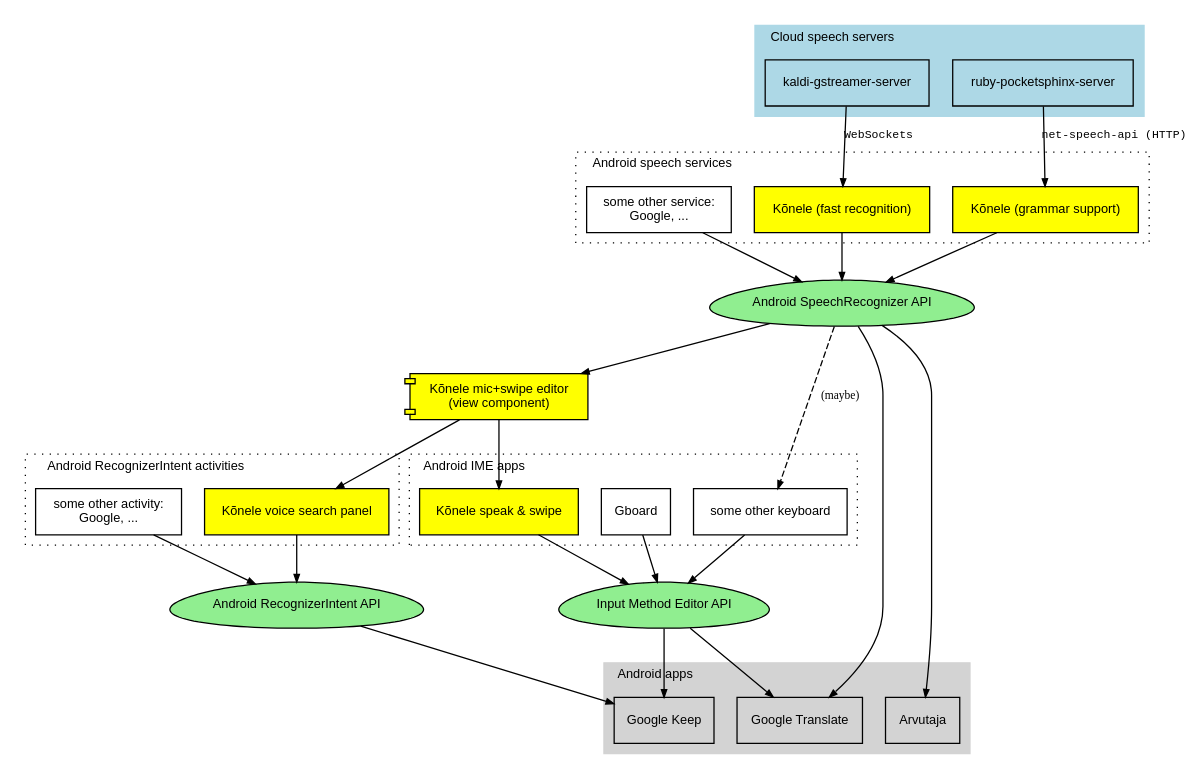
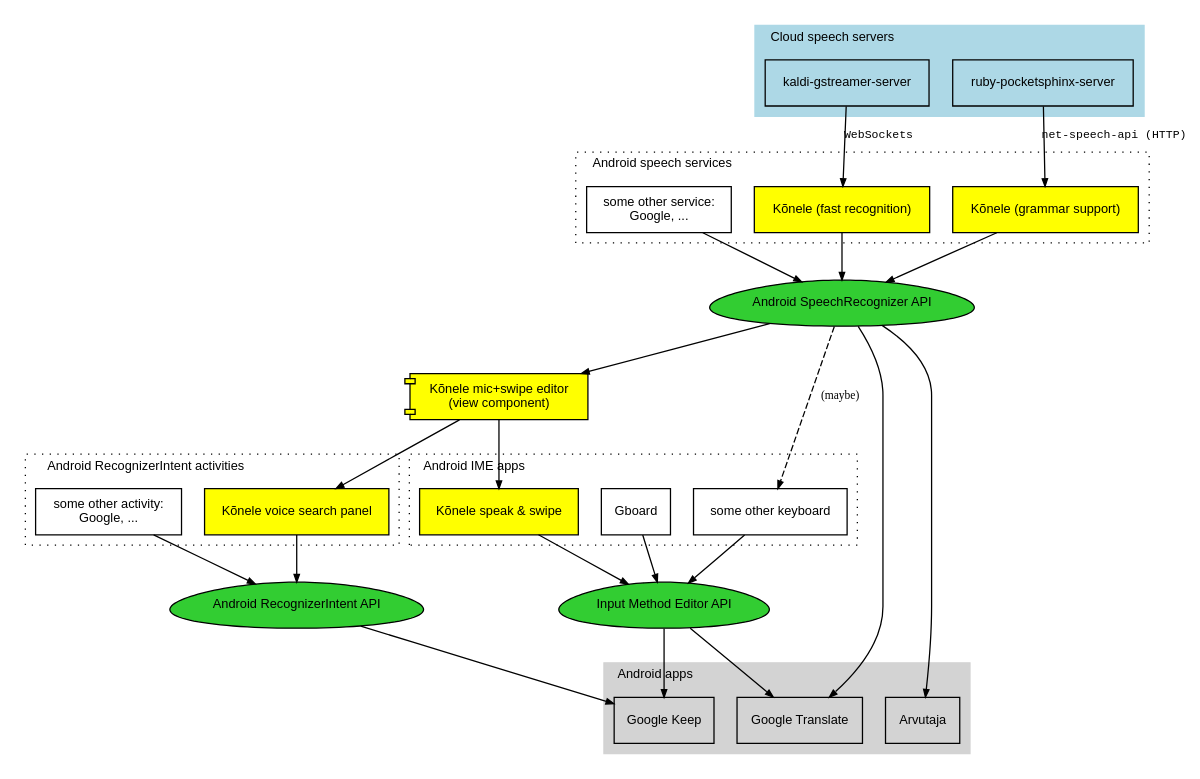
Before and after one commit to Kaljurand/K6nele: the diagram in docs/components.dot, drawn with Graphviz. The commit also changed 9 other files, not shown here.

```diff
--- a/docs/components.dot
+++ b/docs/components.dot
@@ -1,86 +1,86 @@
 /**
  *
  * @author Kaarel Kaljurand
  * @version 2015-08-29
  */
 
 digraph G {
 
     graph [style="dotted", fontsize=10 fontname="Helvetica"];
     node [shape="box", fontsize=10 fontname="Helvetica"];
     edge [arrowhead="normal", arrowsize="0.6"];
     labeljust = "l";
 
     "Kõnele View" [label="Kõnele mic+swipe editor\n(view component)", shape="component", style="filled", fillcolor="yellow"];
 
     subgraph cluster_0 {
         label = "Cloud speech servers";
         style = "filled";
         color = "lightblue";
         "kaldi" [label="kaldi-gstreamer-server"];
         "pocketsphinx" [label="ruby-pocketsphinx-server"];
     }
 
     // Services record audio, send it to the server, and make the transcription
     // available via standard Android APIs.
     // One can configure the server addresses and audio recording parameters
     // (e.g. sample rate, duration, silence detection).
     subgraph cluster_1 {
         label = "Android speech services";
         "other_service" [label="some other service:\nGoogle, ..."];
         "Kõnele fast" [label="Kõnele (fast recognition)", style="filled", fillcolor="yellow"];
         "Kõnele grammar" [label="Kõnele (grammar support)", style="filled", fillcolor="yellow"];
     }
 
     // Android speech and text input APIs
-    "Android SpeechRecognizer" [label="Android SpeechRecognizer API", shape="egg", style="filled", fillcolor="lightgreen"];
-    "Android RecognizerIntent" [label="Android RecognizerIntent API", shape="egg", style="filled", fillcolor="lightgreen"];
-    "IME" [label="Input Method Editor API", shape="egg", style="filled", fillcolor="lightgreen"];
+    "Android SpeechRecognizer" [label="Android SpeechRecognizer API", shape="egg", style="filled", fillcolor="limegreen"];
+    "Android RecognizerIntent" [label="Android RecognizerIntent API", shape="egg", style="filled", fillcolor="limegreen"];
+    "IME" [label="Input Method Editor API", shape="egg", style="filled", fillcolor="limegreen"];
 
     subgraph cluster_2 {
         label = "Android RecognizerIntent activities";
         "other_activity" [label="some other activity:\nGoogle, ..."];
         "panel" [label="Kõnele voice search panel", style="filled", fillcolor="yellow"];
     }
 
     subgraph cluster_3 {
         label = "Android IME apps";
         "Kõnele IME" [label="Kõnele speak & swipe", style="filled", fillcolor="yellow"];
         "Gboard" [label="Gboard"];
         "other_ime" [label="some other keyboard"];
     }
 
     subgraph cluster_4 {
         label = "Android apps";
         style = "filled";
         color = "lightgrey";
         "Google Keep";
         "Google Translate";
         "Arvutaja";
     }
 
     "kaldi" -> "Kõnele fast" [label="WebSockets", fontsize=9, fontname="monospace"];
     "pocketsphinx" -> "Kõnele grammar" [label="net-speech-api (HTTP)", fontsize=9, fontname="monospace"];
 
     // Services that implement Android SpeechRecognizer
     "Kõnele fast" -> "Android SpeechRecognizer" ;
     "Kõnele grammar" -> "Android SpeechRecognizer" ;
     "other_service" -> "Android SpeechRecognizer" ;
 
     "panel" -> "Android RecognizerIntent" ;
     "other_activity" -> "Android RecognizerIntent" ;
 
     // "other_service" -> "Gboard" ;
     "Android SpeechRecognizer" -> "Kõnele View" ;
     "Kõnele View" -> "Kõnele IME" ;
     "Kõnele View" -> "panel" ;
     "Android SpeechRecognizer" -> "Arvutaja" ;
     "Android SpeechRecognizer" -> "other_ime" [label="(maybe)", style="dashed", fontsize=9, fontname="Verdana"];
     "Android RecognizerIntent" -> "Google Keep" ;
     "Android SpeechRecognizer" -> "Google Translate" ;
     "Gboard" -> "IME";
     "Kõnele IME" -> "IME";
     "other_ime" -> "IME";
     "IME" ->"Google Keep";
     "IME" -> "Google Translate";
 }
```
